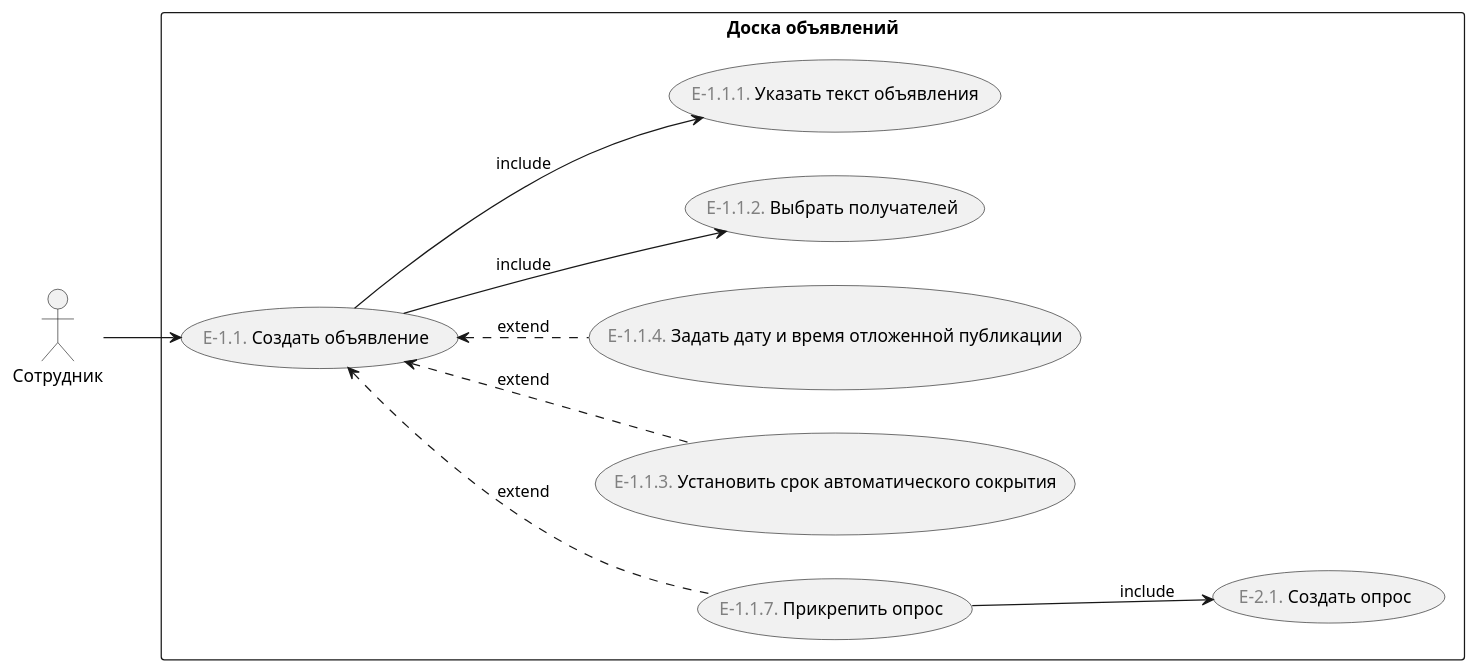
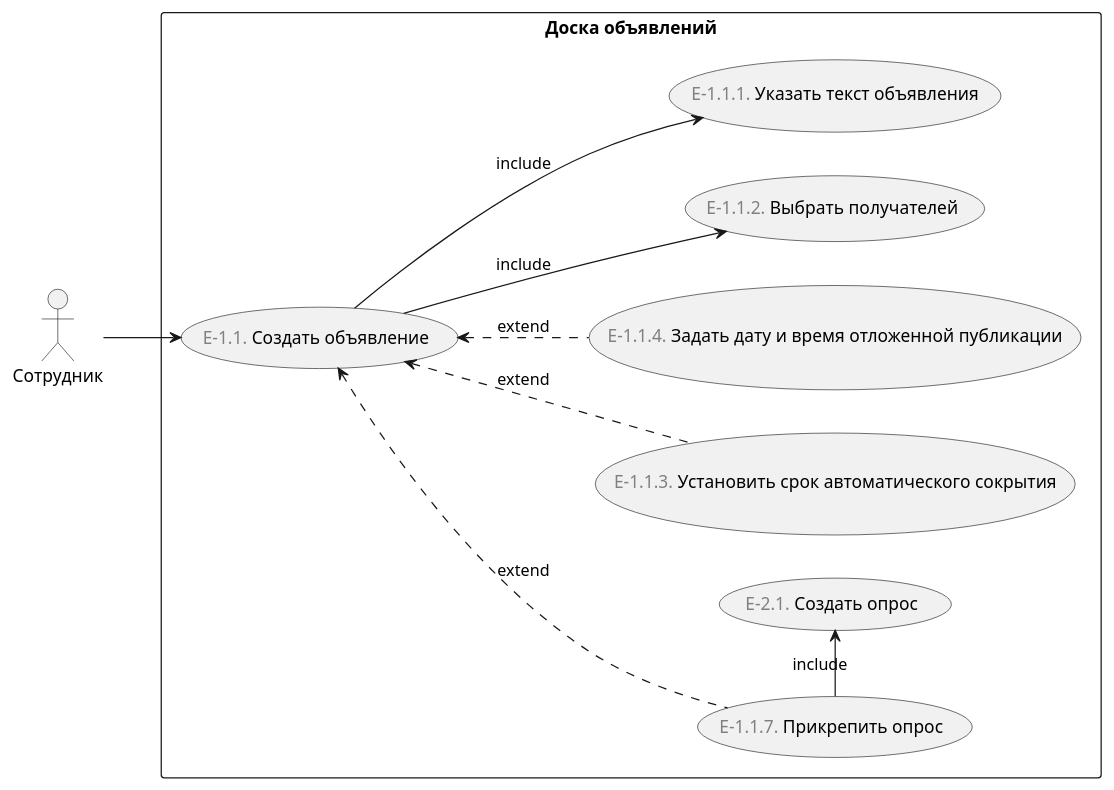
One commit to astu-app/ASTU-Bulletin-Board-Server changed the diagram in doc/диаграммы/варианты-использования/создать-объявление.puml. Above: the diagram before and after it, drawn with PlantUML. The commit also changed 7 other files, not shown here.

Commit message:
переработал диаграммы

```diff
--- a/doc/диаграммы/варианты-использования/создать-объявление.puml
+++ b/doc/диаграммы/варианты-использования/создать-объявление.puml
@@ -1,22 +1,22 @@
 @startuml
 'https://plantuml.com/use-case-diagram
 
 left to right direction
 
 :Сотрудник: as employee
 
 rectangle "Доска объявлений" {
     (<font color="gray">E-1.1.</font> Создать объявление) as create_announcement
     (<font color="gray">E-1.1.7.</font> Прикрепить опрос) as add_survey
 
     employee --> create_announcement
      
     create_announcement <.. add_survey : extend
     create_announcement <.. (<font color="gray">E-1.1.3.</font> Установить срок автоматического сокрытия) : extend
     create_announcement <.. (<font color="gray">E-1.1.4.</font> Задать дату и время отложенной публикации) : extend
     create_announcement --> (<font color="gray">E-1.1.2.</font> Выбрать получателей) : include
     create_announcement --> (<font color="gray">E-1.1.1.</font> Указать текст объявления) : include
     
-    add_survey --> (<font color="gray">E-2.1.</font> Создать опрос) : include
+    add_survey -right-> (<font color="gray">E-2.1.</font> Создать опрос) : include
 }
 @enduml
```
